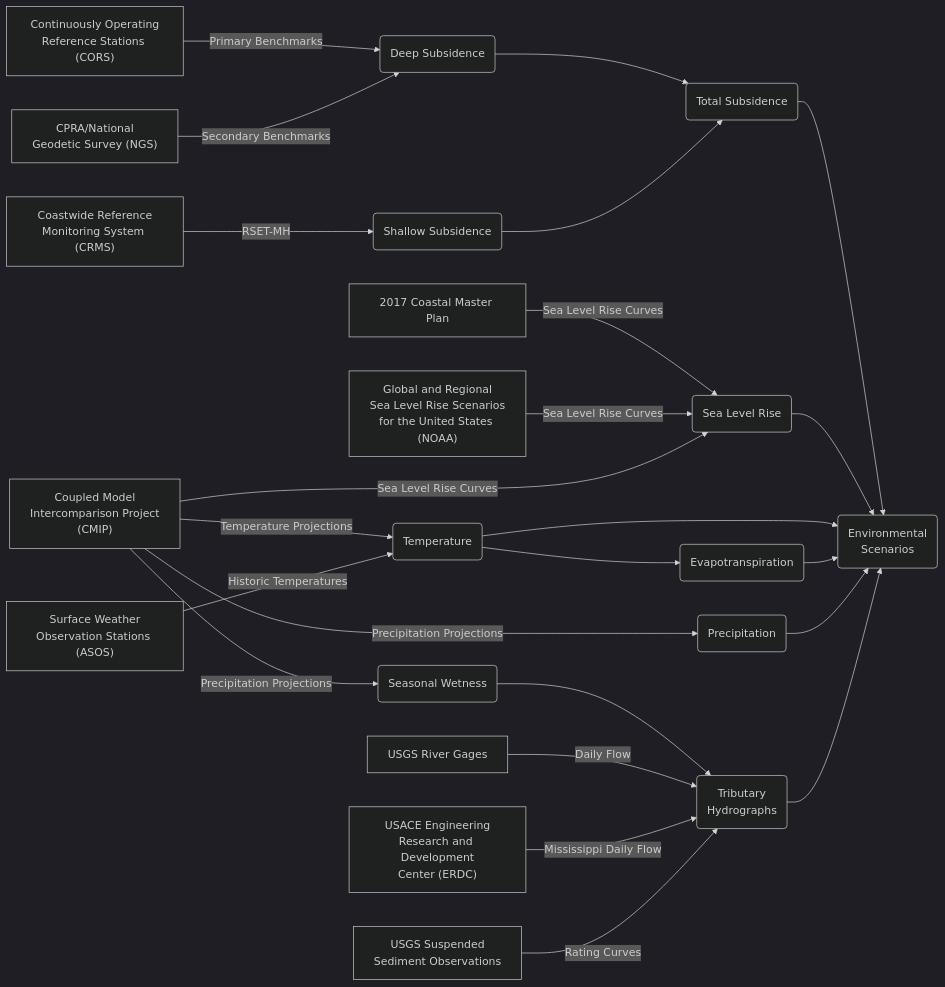
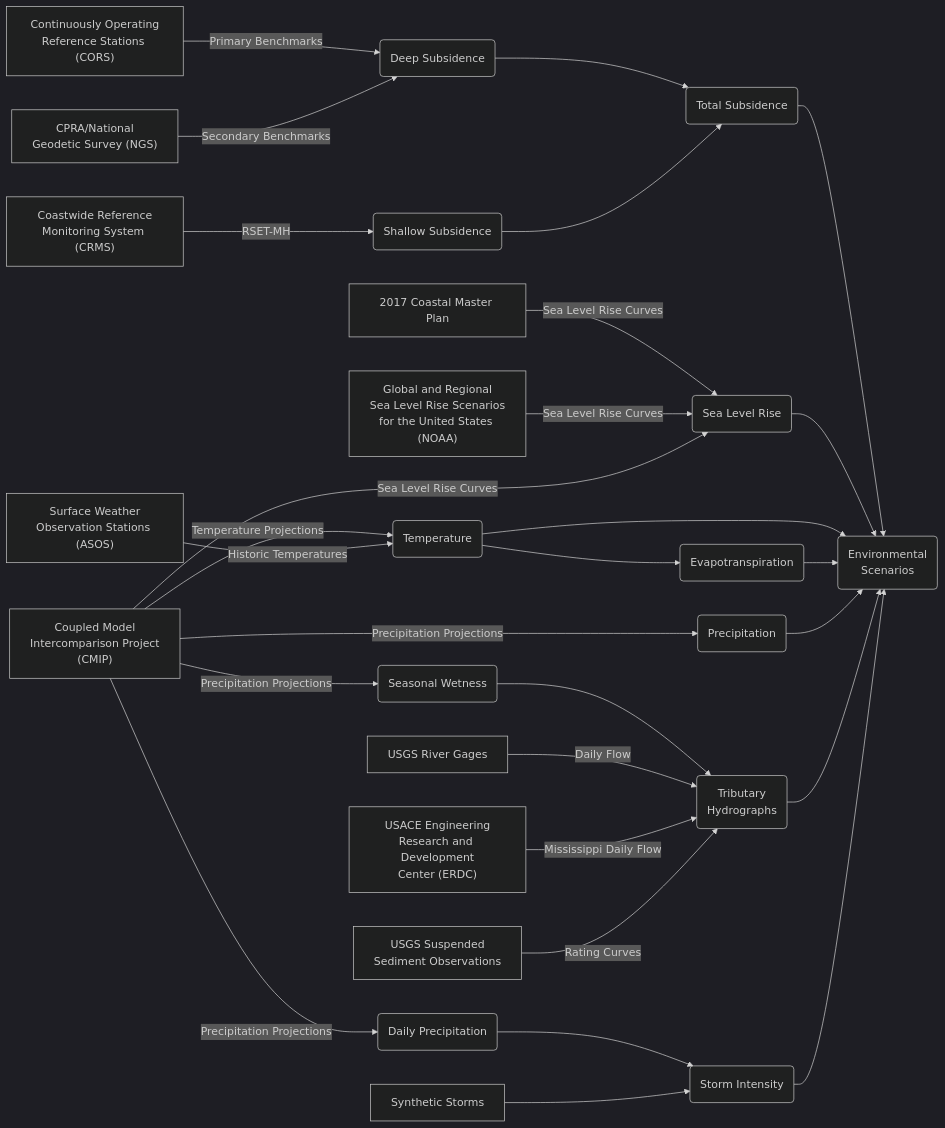
The second of 2 diagrams in README.md (pscedu/cpra-documentation), drawn with Mermaid (dark theme) before and after one commit.

Commit message:
fix(scenario): add missing edges

````diff
--- a/README.md
+++ b/README.md
@@ -22,26 +22,30 @@
 ```mermaid
 flowchart LR
     CORS["Continuously Operating\nReference Stations (CORS)"] -->|Primary Benchmarks| DS(Deep Subsidence)
     NGS["CPRA/National\nGeodetic Survey (NGS)"] -->|Secondary Benchmarks| DS
     CRMS["Coastwide Reference\nMonitoring System (CRMS)"] -->|RSET-MH| SS(Shallow Subsidence)
     DS --> TS(Total Subsidence)
     SS --> TS
     TS --> ES("Environmental\nScenarios")
     MP2017["2017 Coastal Master Plan"] -->|Sea Level Rise Curves| SLR(Sea Level Rise)
     NOAA_SLR["Global and Regional\nSea Level Rise Scenarios\nfor the United States (NOAA)"] -->|Sea Level Rise Curves| SLR
     CMIP["Coupled Model\nIntercomparison Project\n(CMIP)"] -->|Sea Level Rise Curves| SLR
     SLR --> ES
     CMIP -->|Temperature Projections| Temp(Temperature)
     ASOS["Surface Weather\nObservation Stations (ASOS)"] -->|Historic Temperatures| Temp
     Temp --> ES
     Temp --> PET(Evapotranspiration)
     PET --> ES
     CMIP -->|Precipitation Projections| Precip(Precipitation)
     Precip --> ES
     CMIP -->|Precipitation Projections| SW(Seasonal Wetness)
     SW --> TH(Tributary\nHydrographs)
     TH --> ES
     USGS_Gages["USGS River Gages"] -->|Daily Flow| TH
     ERDC["USACE Engineering\nResearch and Development\nCenter (ERDC)"] -->|Mississippi Daily Flow| TH
     USGS_SS["USGS Suspended\nSediment Observations"] -->|Rating Curves| TH
+    CMIP -->|Precipitation Projections| DP(Daily Precipitation)
+    DP --> SI("Storm Intensity")
+    SStorm["Synthetic Storms"] --> SI
+    SI --> ES
 ```
````
